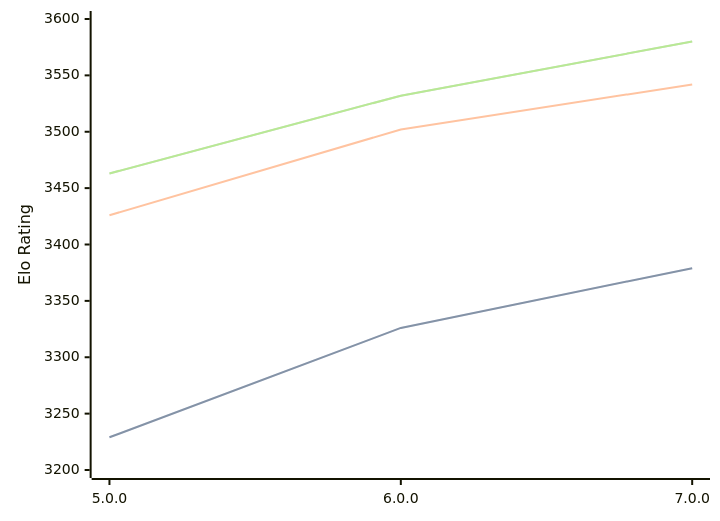
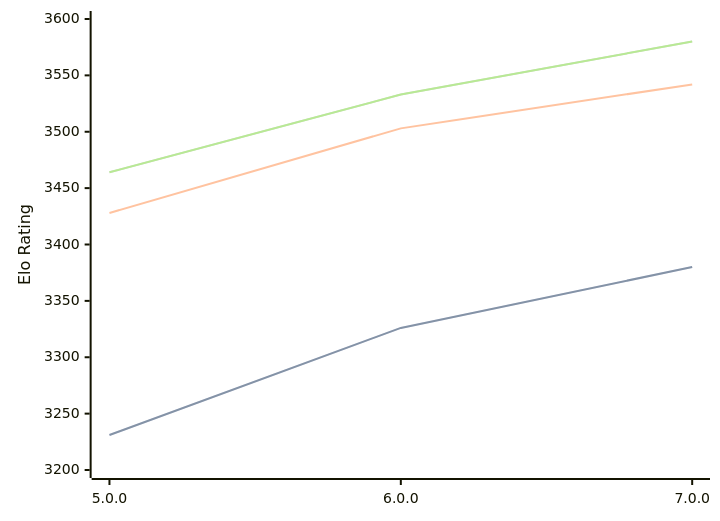
The diagram in engines/Stormphrax.md (computer-chess-index/cci), drawn with Mermaid before and after one commit. The commit also changed other lines of this file, not shown here.

Commit message:
Update CCI Ratings (ELO VLTC) - 2026-04-13

````diff
--- a/engines/Stormphrax.md
+++ b/engines/Stormphrax.md
@@ -38,11 +38,11 @@
 ```mermaid
 %%{init: {"theme":"base","themeVariables":{"seriesColors:['#a3a3a3','#222221','#faa371']}}}%%
 xychart-beta
   x-axis ["5.0.0", "6.0.0", "7.0.0"]
   y-axis "Elo Rating" 3200 --> 3600
-  line "STC (8.0+0.08s)" [3229, 3326, 3379]
-  line "STC (8.0+0.08s)" [3229, 3326, 3379]
-  line "LTC (60.0+0.60s)" [3426, 3502, 3542]
-  line "VLTC (2m24s+1.12s)" [3463, 3532, 3580]
-  line "VLTC (2m24s+1.12s)" [3463, 3532, 3580]
+  line "STC (8.0+0.08s)" [3231, 3326, 3380]
+  line "STC (8.0+0.08s)" [3231, 3326, 3380]
+  line "LTC (60.0+0.60s)" [3428, 3503, 3542]
+  line "VLTC (2m24s+1.12s)" [3464, 3533, 3580]
+  line "VLTC (2m24s+1.12s)" [3464, 3533, 3580]
 ```
````
